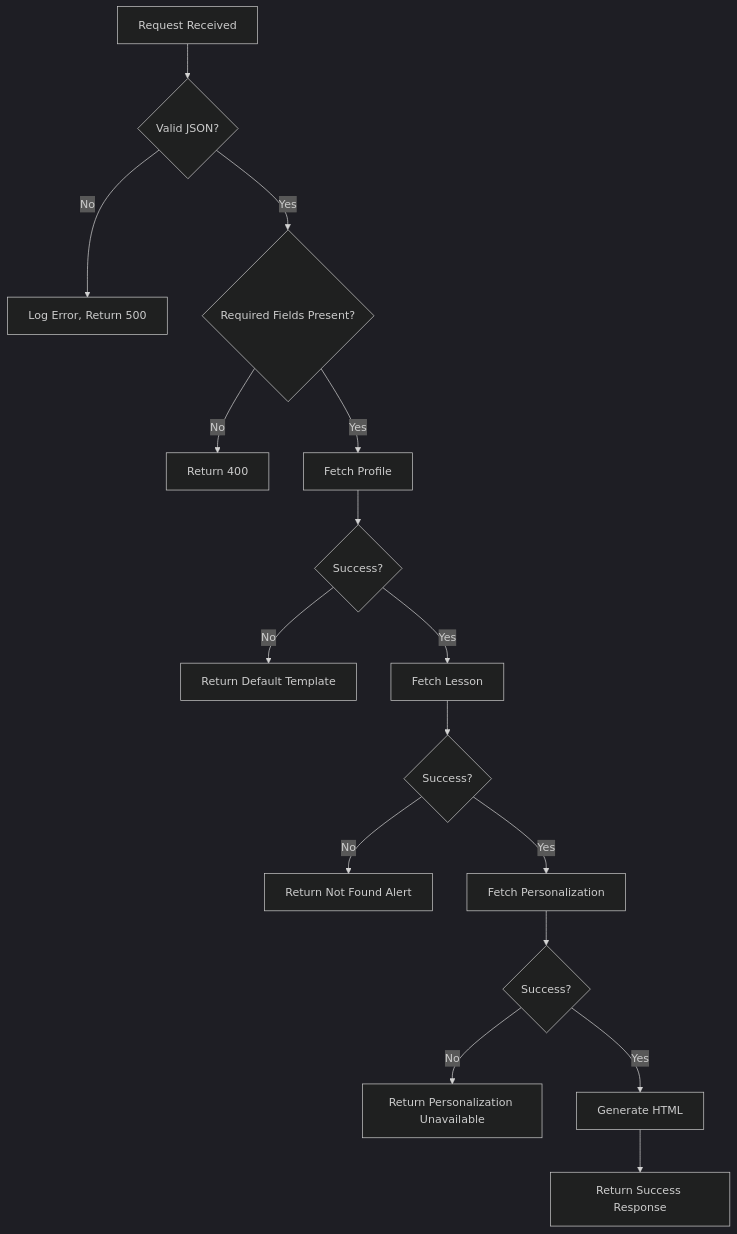
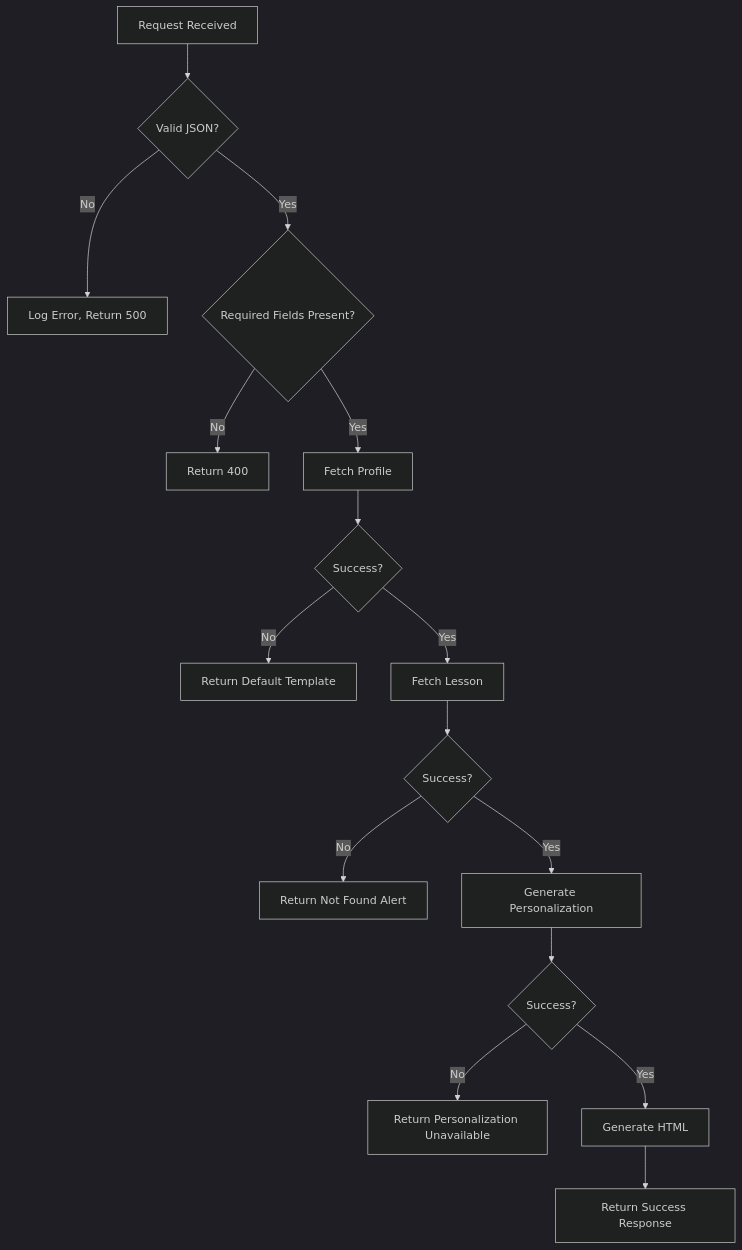
Before and after one commit to lommaks777/pesonalisev2: the fifth of 5 diagrams in .qoder/repowiki/en/content/API Reference/POST _api_persona_block.md, drawn with Mermaid (dark theme). The commit also changed other lines of this file and 42 other files, not shown here.

````diff
--- a/.qoder/repowiki/en/content/API Reference/POST _api_persona_block.md
+++ b/.qoder/repowiki/en/content/API Reference/POST _api_persona_block.md
@@ -247,18 +304,18 @@
 ```mermaid
 flowchart TD
 A[Request Received] --> B{Valid JSON?}
 B --> |No| C[Log Error, Return 500]
 B --> |Yes| D{Required Fields Present?}
 D --> |No| E[Return 400]
 D --> |Yes| F[Fetch Profile]
 F --> G{Success?}
 G --> |No| H[Return Default Template]
 G --> |Yes| I[Fetch Lesson]
 I --> J{Success?}
 J --> |No| K[Return Not Found Alert]
-J --> |Yes| L[Fetch Personalization]
+J --> |Yes| L[Generate Personalization]
 L --> M{Success?}
 M --> |No| N[Return Personalization Unavailable]
 M --> |Yes| O[Generate HTML]
 O --> P[Return Success Response]
 ```
````
